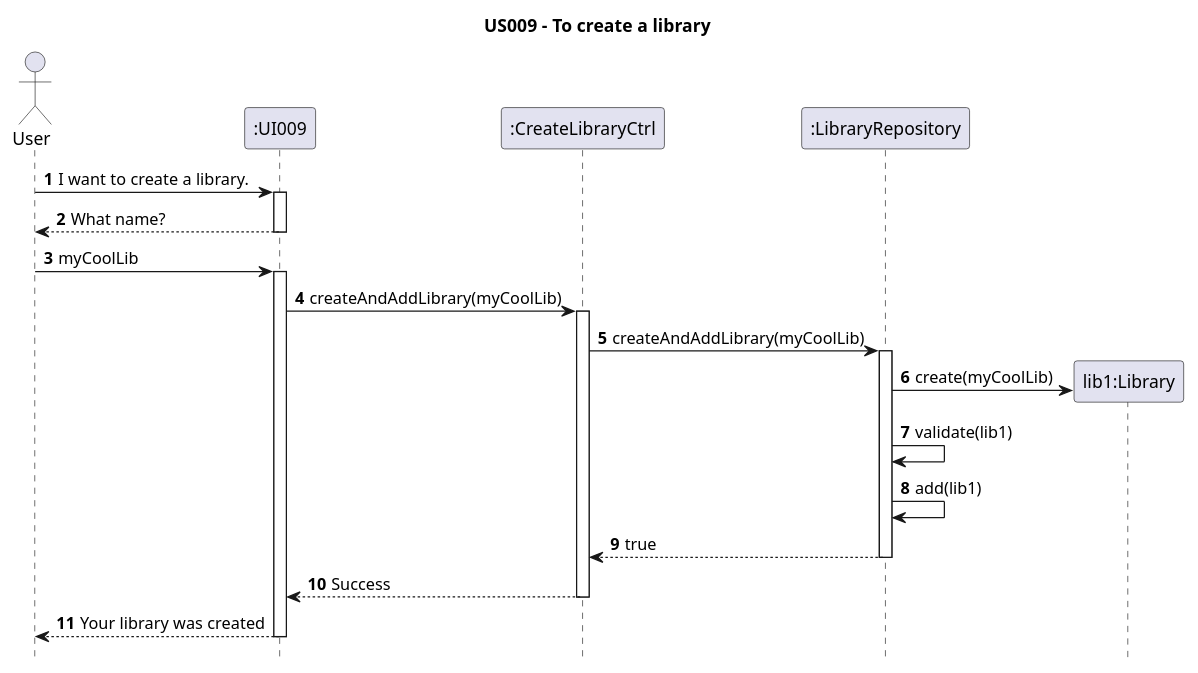
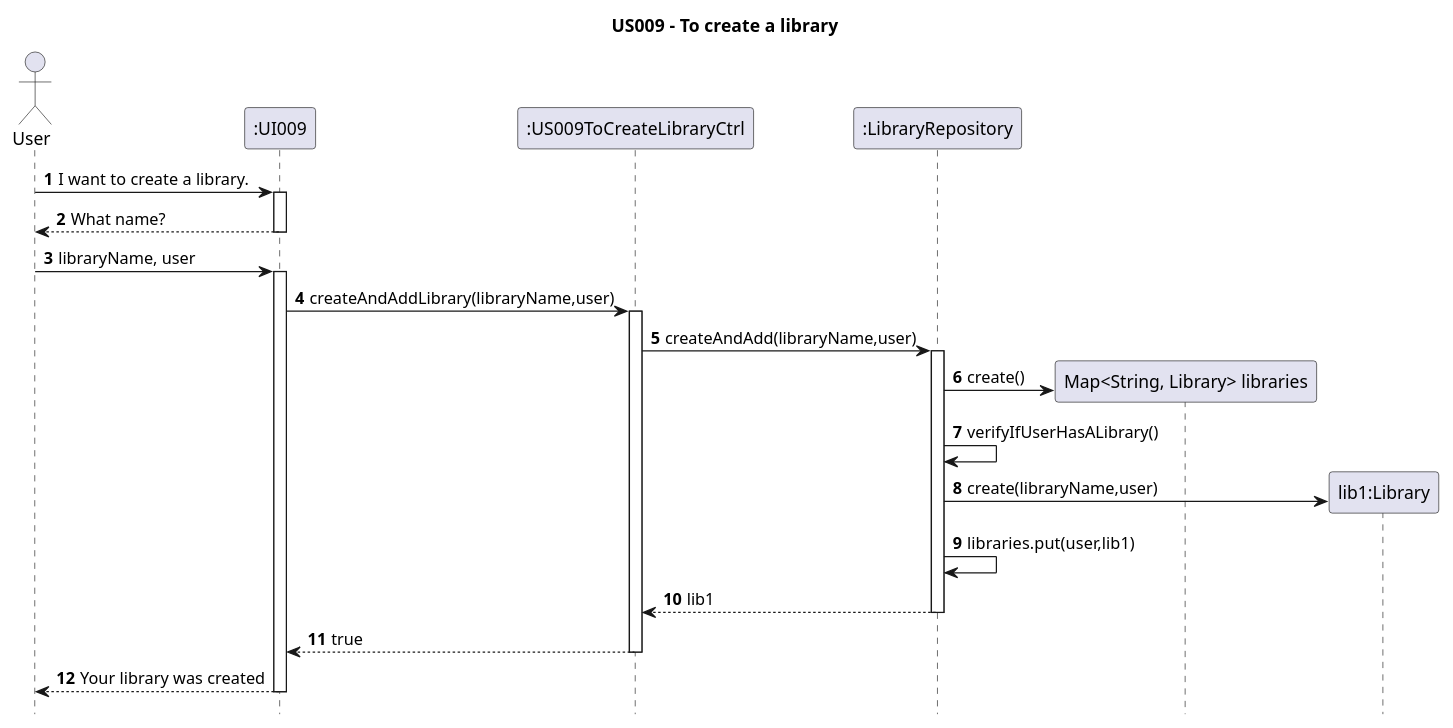
The diagram in Diagrams/SequenceDiagrams/N2/US009-to-create-a-library.puml (AndrePereiraGitH/SWitCH-Project-Team_A), drawn with PlantUML before and after one commit. The commit also changed 1 other file, not shown here.

Commit message:
Working on #150, updated SD & CD to reflect user validation flow and repository refactoring

```diff
--- a/Diagrams/SequenceDiagrams/N2/US009-to-create-a-library.puml
+++ b/Diagrams/SequenceDiagrams/N2/US009-to-create-a-library.puml
@@ -1,42 +1,48 @@
 @startuml
 hide footbox
 autonumber
 title US009 - To create a library
 
 
 actor User
 participant ":UI009" as UI
 
 
 
-participant ":CreateLibraryCtrl" as Ctrl
+participant ":US009ToCreateLibraryCtrl" as Ctrl
 participant ":LibraryRepository" as LibraryRepo
+
 
 
 User -> UI : I want to create a library.
 activate UI
 UI --> User : What name?
 deactivate UI
-User -> UI : myCoolLib
+User -> UI : libraryName, user
 activate UI
 
-UI -> Ctrl : createAndAddLibrary(myCoolLib)
+UI -> Ctrl : createAndAddLibrary(libraryName,user)
 activate Ctrl
-Ctrl -> LibraryRepo : createAndAddLibrary(myCoolLib)
+Ctrl -> LibraryRepo : createAndAdd(libraryName,user)
 activate LibraryRepo
 
+create "Map<String, Library> libraries" as list
+LibraryRepo -> list : create()
+
+LibraryRepo -> LibraryRepo: verifyIfUserHasALibrary()
+
 create "lib1:Library" as Library
-LibraryRepo -> Library : create(myCoolLib)
-
-LibraryRepo -> LibraryRepo : validate(lib1)
-LibraryRepo -> LibraryRepo : add(lib1)
+LibraryRepo -> Library : create(libraryName,user)
 
 
-LibraryRepo --> Ctrl : true
+LibraryRepo -> LibraryRepo : libraries.put(user,lib1)
+
+
+LibraryRepo --> Ctrl : lib1
 deactivate LibraryRepo
-Ctrl --> UI : Success
+Ctrl --> UI : true
 deactivate Ctrl
 UI --> User : Your library was created
 deactivate UI
 
 @enduml
```
